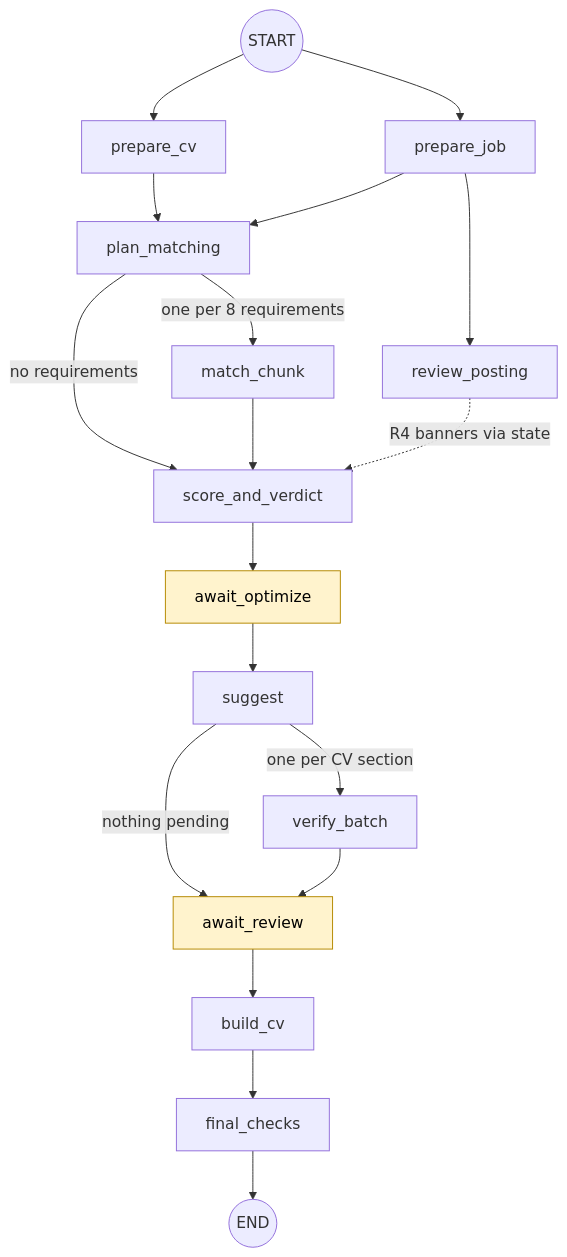
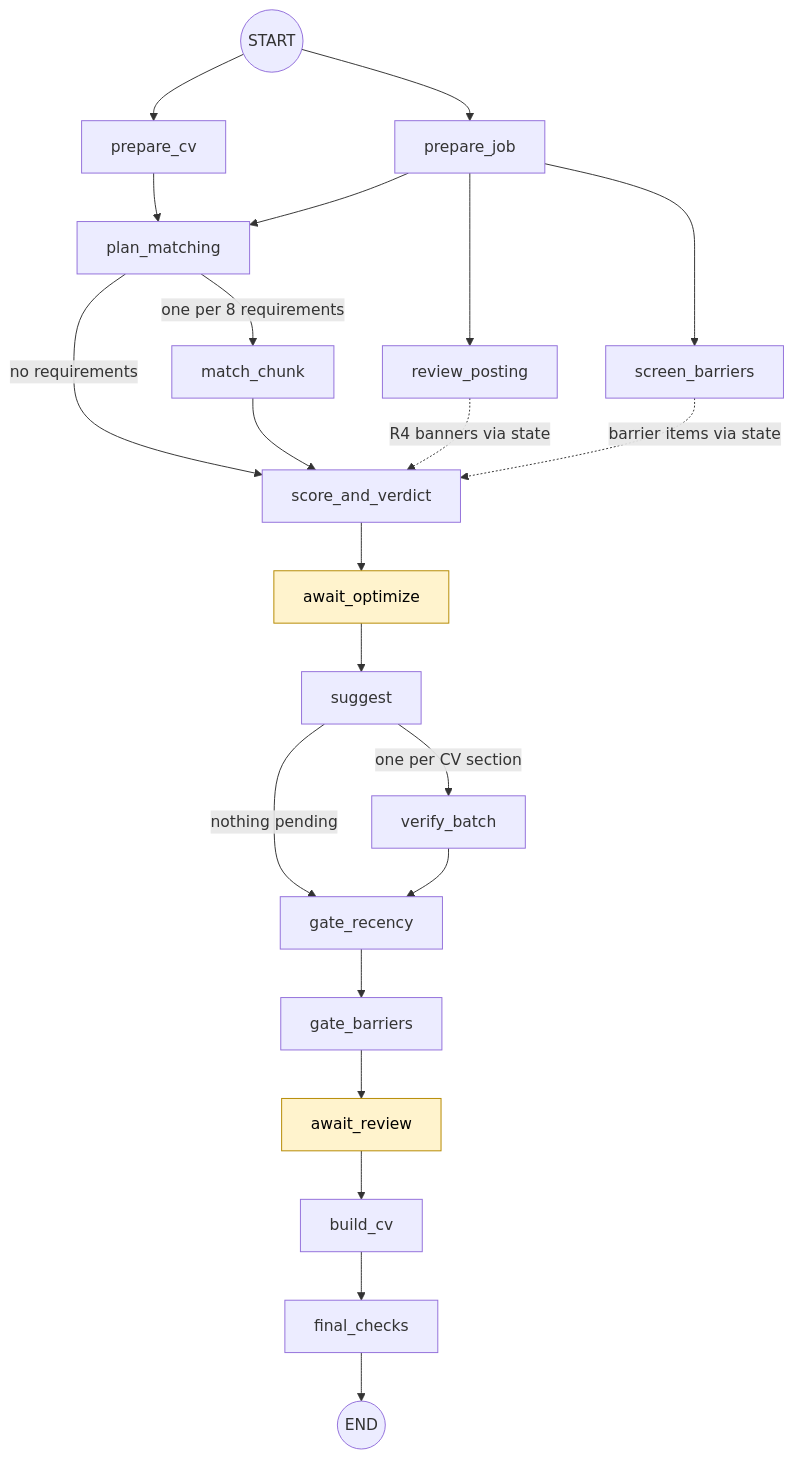
One commit to AndresMuelas2004/Grevix_BackedCV changed the diagram in docs/architecture.md. Above: the diagram before and after it, drawn with Mermaid. The commit also changed other lines of this file and 2 other files, not shown here.

Commit message:
Card 1 docs: README, architecture and scoring describe the hidden-risk screen, recency and the corroboration gate

````diff
--- a/docs/architecture.md
+++ b/docs/architecture.md
@@ -20,22 +20,26 @@
 ```mermaid
 flowchart TD
     start_node((START)) --> prepare_cv
     start_node --> prepare_job
     prepare_job --> review_posting
+    prepare_job --> screen_barriers
     prepare_cv --> plan_matching
     prepare_job --> plan_matching
     plan_matching -->|one per 8 requirements| match_chunk
     plan_matching -->|no requirements| score_and_verdict
     match_chunk --> score_and_verdict
     review_posting -.->|R4 banners via state| score_and_verdict
+    screen_barriers -.->|barrier items via state| score_and_verdict
     score_and_verdict --> await_optimize
     await_optimize --> suggest
     suggest -->|one per CV section| verify_batch
-    suggest -->|nothing pending| await_review
-    verify_batch --> await_review
+    suggest -->|nothing pending| gate_recency
+    verify_batch --> gate_recency
+    gate_recency --> gate_barriers
+    gate_barriers --> await_review
     await_review --> build_cv
     build_cv --> final_checks
     final_checks --> end_node((END))
     classDef pause fill:#fff3cd,stroke:#b58900,color:#000
     class await_optimize,await_review pause
 ```
````
